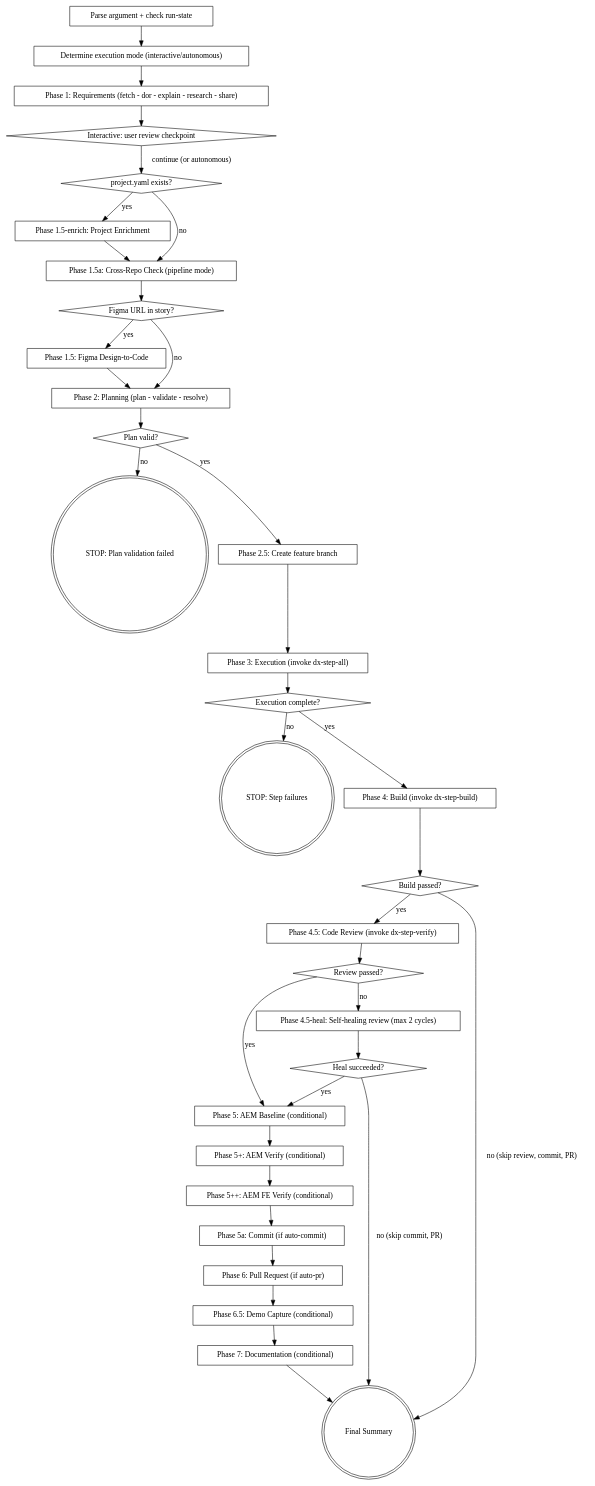
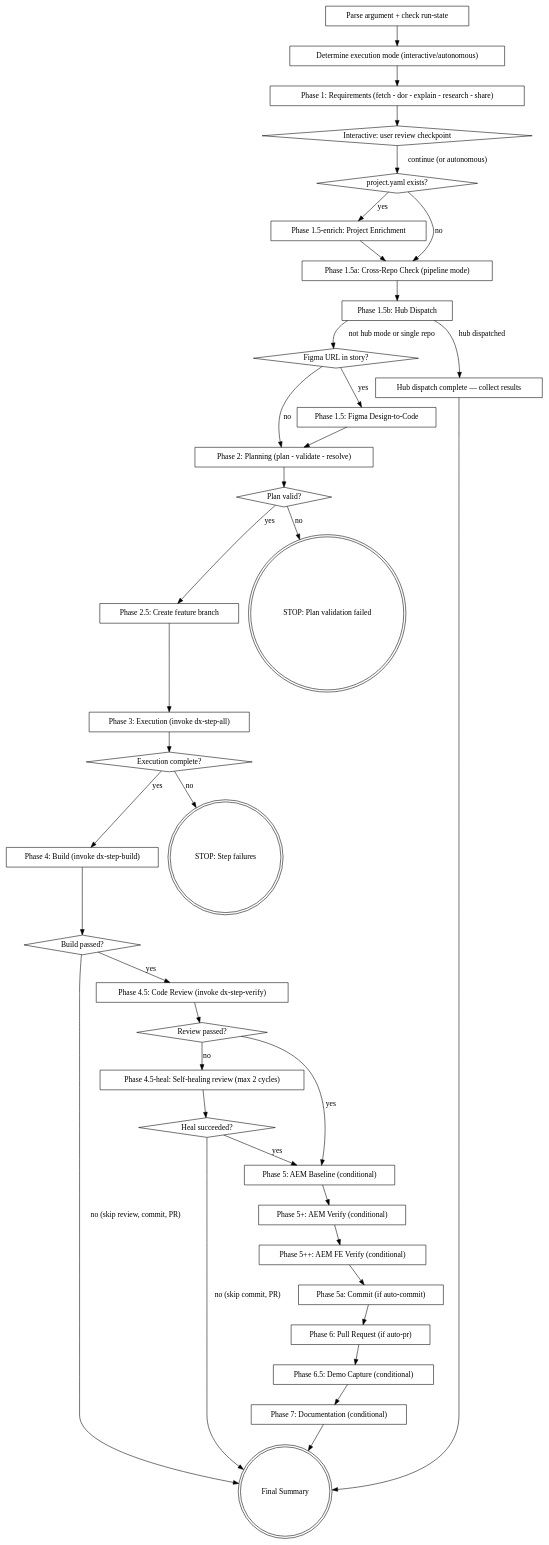
Before and after one commit to marcode04/dx-aem-flow: the diagram in plugins/dx-core/skills/dx-agent-all/SKILL.md, drawn with Graphviz. The commit also changed other lines of this file, not shown here.

Commit message:
feat(dx-core): add hub dispatch phase to dx-agent-all

````diff
--- a/plugins/dx-core/skills/dx-agent-all/SKILL.md
+++ b/plugins/dx-core/skills/dx-agent-all/SKILL.md
@@ -134,69 +134,74 @@
 ```dot
 digraph agent_all {
     "Parse argument + check run-state" [shape=box];
     "Determine execution mode (interactive/autonomous)" [shape=box];
     "Phase 1: Requirements (fetch - dor - explain - research - share)" [shape=box];
     "Interactive: user review checkpoint" [shape=diamond];
     "project.yaml exists?" [shape=diamond];
     "Phase 1.5-enrich: Project Enrichment" [shape=box];
     "Figma URL in story?" [shape=diamond];
     "Phase 1.5: Figma Design-to-Code" [shape=box];
     "Phase 1.5a: Cross-Repo Check (pipeline mode)" [shape=box];
+    "Phase 1.5b: Hub Dispatch" [shape=box];
+    "Hub dispatch complete — collect results" [shape=box];
     "Phase 2: Planning (plan - validate - resolve)" [shape=box];
     "Plan valid?" [shape=diamond];
     "STOP: Plan validation failed" [shape=doublecircle];
     "Phase 2.5: Create feature branch" [shape=box];
     "Phase 3: Execution (invoke dx-step-all)" [shape=box];
     "Execution complete?" [shape=diamond];
     "STOP: Step failures" [shape=doublecircle];
     "Phase 4: Build (invoke dx-step-build)" [shape=box];
     "Build passed?" [shape=diamond];
     "Phase 4.5: Code Review (invoke dx-step-verify)" [shape=box];
     "Review passed?" [shape=diamond];
     "Phase 4.5-heal: Self-healing review (max 2 cycles)" [shape=box];
     "Heal succeeded?" [shape=diamond];
     "Phase 5: AEM Baseline (conditional)" [shape=box];
     "Phase 5+: AEM Verify (conditional)" [shape=box];
     "Phase 5++: AEM FE Verify (conditional)" [shape=box];
     "Phase 5a: Commit (if auto-commit)" [shape=box];
     "Phase 6: Pull Request (if auto-pr)" [shape=box];
     "Phase 6.5: Demo Capture (conditional)" [shape=box];
     "Phase 7: Documentation (conditional)" [shape=box];
     "Final Summary" [shape=doublecircle];
 
     "Parse argument + check run-state" -> "Determine execution mode (interactive/autonomous)";
     "Determine execution mode (interactive/autonomous)" -> "Phase 1: Requirements (fetch - dor - explain - research - share)";
     "Phase 1: Requirements (fetch - dor - explain - research - share)" -> "Interactive: user review checkpoint";
     "Interactive: user review checkpoint" -> "project.yaml exists?" [label="continue (or autonomous)"];
     "project.yaml exists?" -> "Phase 1.5-enrich: Project Enrichment" [label="yes"];
     "project.yaml exists?" -> "Phase 1.5a: Cross-Repo Check (pipeline mode)" [label="no"];
     "Phase 1.5-enrich: Project Enrichment" -> "Phase 1.5a: Cross-Repo Check (pipeline mode)";
-    "Phase 1.5a: Cross-Repo Check (pipeline mode)" -> "Figma URL in story?";
+    "Phase 1.5a: Cross-Repo Check (pipeline mode)" -> "Phase 1.5b: Hub Dispatch";
+    "Phase 1.5b: Hub Dispatch" -> "Figma URL in story?" [label="not hub mode or single repo"];
+    "Phase 1.5b: Hub Dispatch" -> "Hub dispatch complete — collect results" [label="hub dispatched"];
+    "Hub dispatch complete — collect results" -> "Final Summary";
     "Figma URL in story?" -> "Phase 1.5: Figma Design-to-Code" [label="yes"];
     "Figma URL in story?" -> "Phase 2: Planning (plan - validate - resolve)" [label="no"];
     "Phase 1.5: Figma Design-to-Code" -> "Phase 2: Planning (plan - validate - resolve)";
     "Phase 2: Planning (plan - validate - resolve)" -> "Plan valid?";
     "Plan valid?" -> "STOP: Plan validation failed" [label="no"];
     "Plan valid?" -> "Phase 2.5: Create feature branch" [label="yes"];
     "Phase 2.5: Create feature branch" -> "Phase 3: Execution (invoke dx-step-all)";
     "Phase 3: Execution (invoke dx-step-all)" -> "Execution complete?";
     "Execution complete?" -> "STOP: Step failures" [label="no"];
     "Execution complete?" -> "Phase 4: Build (invoke dx-step-build)" [label="yes"];
     "Phase 4: Build (invoke dx-step-build)" -> "Build passed?";
     "Build passed?" -> "Phase 4.5: Code Review (invoke dx-step-verify)" [label="yes"];
     "Build passed?" -> "Final Summary" [label="no (skip review, commit, PR)"];
     "Phase 4.5: Code Review (invoke dx-step-verify)" -> "Review passed?";
     "Review passed?" -> "Phase 5: AEM Baseline (conditional)" [label="yes"];
     "Review passed?" -> "Phase 4.5-heal: Self-healing review (max 2 cycles)" [label="no"];
     "Phase 4.5-heal: Self-healing review (max 2 cycles)" -> "Heal succeeded?";
     "Heal succeeded?" -> "Phase 5: AEM Baseline (conditional)" [label="yes"];
     "Heal succeeded?" -> "Final Summary" [label="no (skip commit, PR)"];
     "Phase 5: AEM Baseline (conditional)" -> "Phase 5+: AEM Verify (conditional)";
     "Phase 5+: AEM Verify (conditional)" -> "Phase 5++: AEM FE Verify (conditional)";
     "Phase 5++: AEM FE Verify (conditional)" -> "Phase 5a: Commit (if auto-commit)";
     "Phase 5a: Commit (if auto-commit)" -> "Phase 6: Pull Request (if auto-pr)";
     "Phase 6: Pull Request (if auto-pr)" -> "Phase 6.5: Demo Capture (conditional)";
     "Phase 6.5: Demo Capture (conditional)" -> "Phase 7: Documentation (conditional)";
     "Phase 7: Documentation (conditional)" -> "Final Summary";
 }
 ```
````
